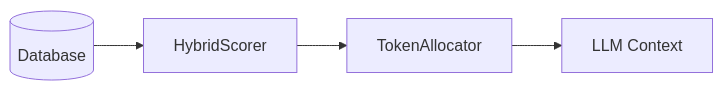
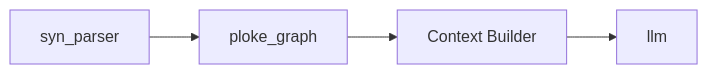
The diagram in docs/plans/CONTEXT_BUILDER_IMPLEMENTATION.md (josephleblanc/ploke), drawn with Mermaid before and after one commit. The commit also changed other lines of this file, not shown here.

Commit message:
aider: docs: Update context builder implementation plan with crate structure

````diff
--- a/docs/plans/CONTEXT_BUILDER_IMPLEMENTATION.md
+++ b/docs/plans/CONTEXT_BUILDER_IMPLEMENTATION.md
@@ -112,6 +97,6 @@
   ```mermaid
   flowchart LR
-    db[(Database)] --> scorer[HybridScorer]
-    scorer --> alloc[TokenAllocator]
-    alloc --> llm[LLM Context]
+    syn_parser-->ploke_graph
+    ploke_graph-->context[Context Builder]
+    context-->llm
   ```
````
